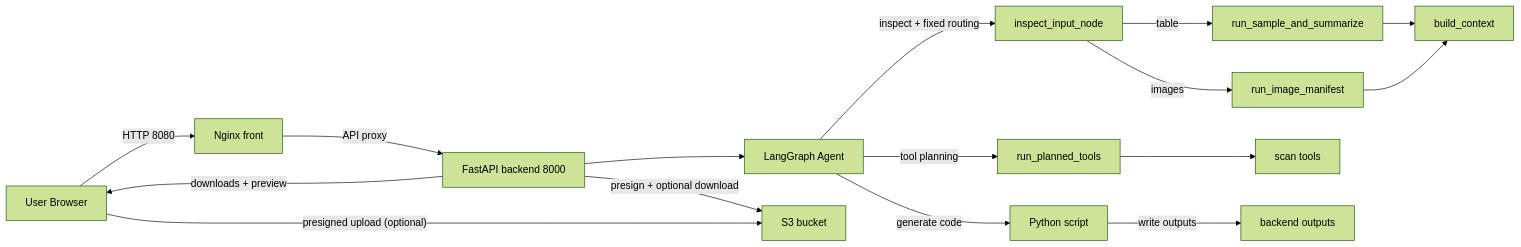
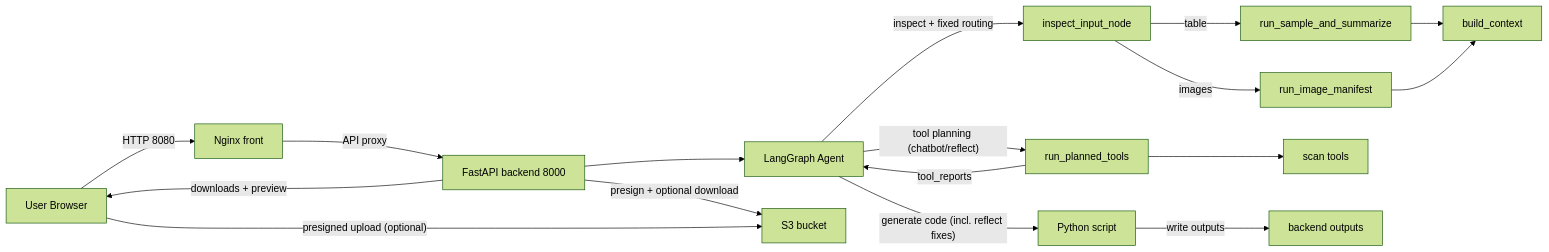
The first of 3 diagrams in README.md (sonsukwoo/Data_preprocessing_auto), drawn with Mermaid (forest theme) before and after one commit. The commit also changed other lines of this file and 6 other files, not shown here.

````diff
--- a/README.md
+++ b/README.md
@@ -103,18 +103,19 @@
 ```mermaid
 flowchart LR
   U["User Browser"] -->|"HTTP 8080"| N["Nginx front"]
   N -->|"API proxy"| A["FastAPI backend 8000"]
   A --> G["LangGraph Agent"]
   G -->|"inspect + fixed routing"| T["inspect_input_node"]
   T -->|"table"| S["run_sample_and_summarize"]
   T -->|"images"| IM["run_image_manifest"]
   S --> C["build_context"]
   IM --> C
-  G -->|"tool planning"| TP["run_planned_tools"]
+  G -->|"tool planning (chatbot/reflect)"| TP["run_planned_tools"]
   TP --> TOOL["scan tools"]
-  G -->|"generate code"| P["Python script"]
+  TP -->|"tool_reports"| G
+  G -->|"generate code (incl. reflect fixes)"| P["Python script"]
   P -->|"write outputs"| O["backend outputs"]
   A -->|"downloads + preview"| U
   A -->|"presign + optional download"| S3["S3 bucket"]
   U -->|"presigned upload (optional)"| S3
 ```
````
